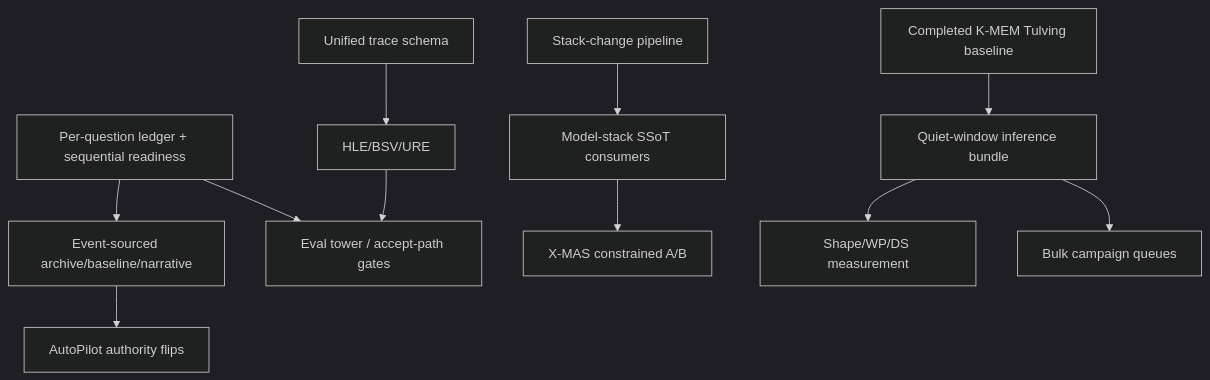
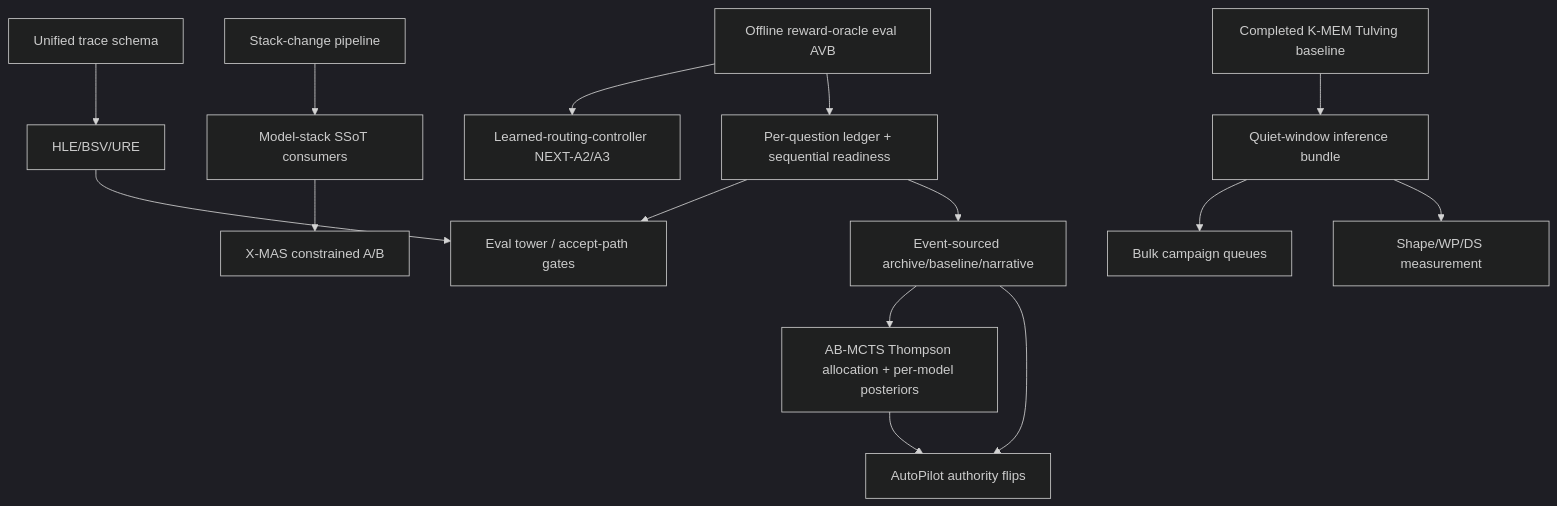
Before and after one commit to pestopoppa/epyc-root: the diagram in handoffs/active/routing-and-optimization-index.md, drawn with Mermaid (dark theme). The commit also changed other lines of this file and 27 other files, not shown here.

````diff
--- a/handoffs/active/routing-and-optimization-index.md
+++ b/handoffs/active/routing-and-optimization-index.md
@@ -100,13 +103,17 @@
 ```mermaid
 flowchart TD
     N2[Per-question ledger + sequential readiness] --> A8[Event-sourced archive/baseline/narrative]
     N2 --> Eval[Eval tower / accept-path gates]
     A8 --> AutoPilot[AutoPilot authority flips]
     N11[Stack-change pipeline] --> N11a[Model-stack SSoT consumers]
     N11a --> Xmas[X-MAS constrained A/B]
     KMem[Completed K-MEM Tulving baseline] --> Quiet[Quiet-window inference bundle]
     Quiet --> Shape[Shape/WP/DS measurement]
     Quiet --> Bulk[Bulk campaign queues]
     Trace[Unified trace schema] --> HLE[HLE/BSV/URE]
     HLE --> Eval
+    AVB[Offline reward-oracle eval AVB] --> N2
+    AVB --> LRC[Learned-routing-controller NEXT-A2/A3]
+    A8 --> ABMCTS[AB-MCTS Thompson allocation + per-model posteriors]
+    ABMCTS --> AutoPilot
 ```
````
